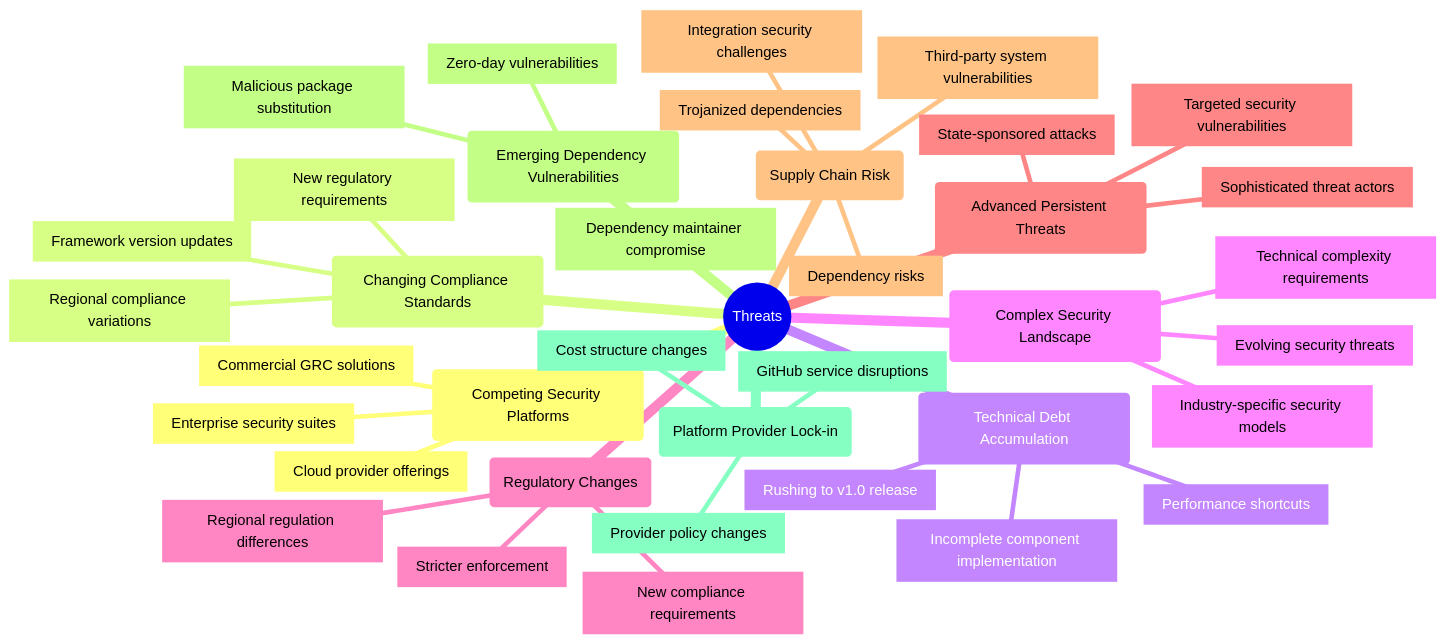
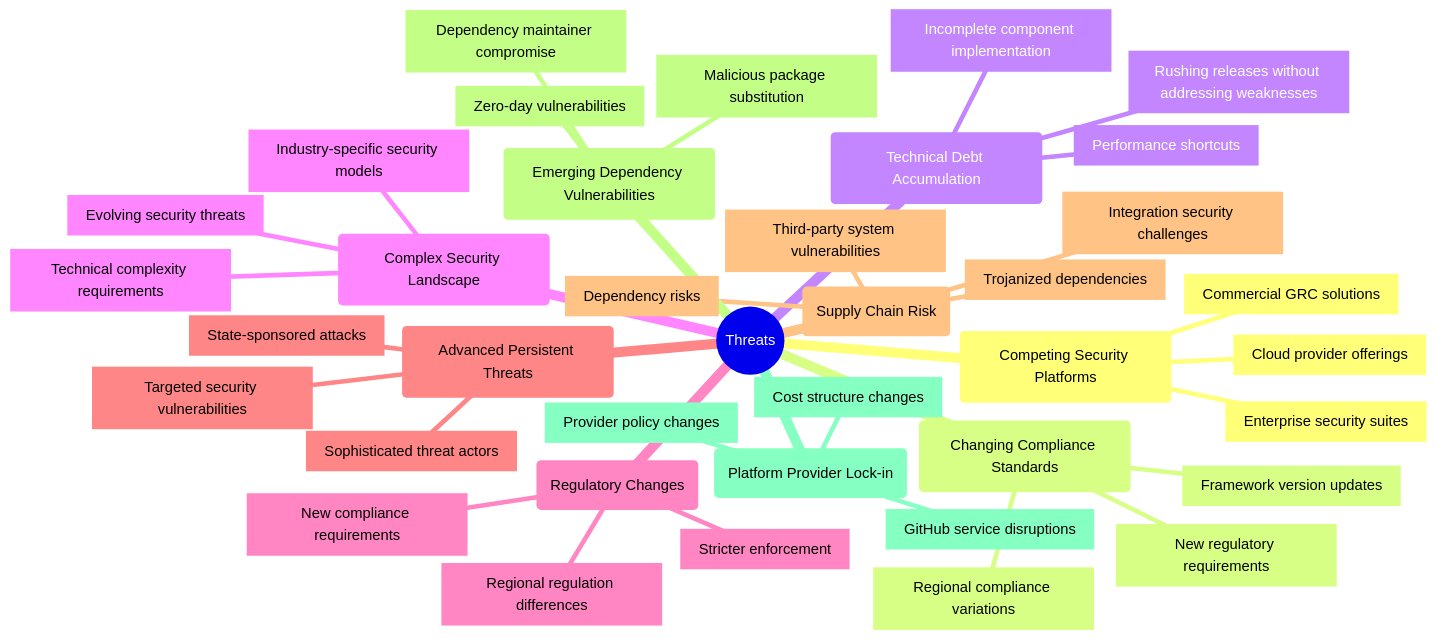
Before and after one commit to Hack23/cia-compliance-manager: the fifth of 6 diagrams in docs/architecture/SWOT.md, drawn with Mermaid. The commit also changed other lines of this file and 1 other file, not shown here.

Commit message:
docs: update SWOT.md to v1.1.32 and complete MINDMAP.md version references

````diff
--- a/docs/architecture/SWOT.md
+++ b/docs/architecture/SWOT.md
@@ -377,41 +377,41 @@
 ```mermaid
 mindmap
   root((Threats))
     id1(Competing Security Platforms)
       id1.1[Commercial GRC solutions]
       id1.2[Enterprise security suites]
       id1.3[Cloud provider offerings]
     id2(Changing Compliance Standards)
       id2.1[Framework version updates]
       id2.2[New regulatory requirements]
       id2.3[Regional compliance variations]
     id3(Technical Debt Accumulation)
-      id3.1[Rushing to v1.0 release]
+      id3.1[Rushing releases without addressing weaknesses]
       id3.2[Incomplete component implementation]
       id3.3[Performance shortcuts]
     id4(Complex Security Landscape)
       id4.1[Evolving security threats]
       id4.2[Industry-specific security models]
       id4.3[Technical complexity requirements]
     id5(Regulatory Changes)
       id5.1[New compliance requirements]
       id5.2[Regional regulation differences]
       id5.3[Stricter enforcement]
     id6(Advanced Persistent Threats)
       id6.1[State-sponsored attacks]
       id6.2[Sophisticated threat actors]
       id6.3[Targeted security vulnerabilities]
     id7(Supply Chain Risk)
       id7.1[Third-party system vulnerabilities]
       id7.2[Dependency risks]
       id7.3[Integration security challenges]
       id7.4[Trojanized dependencies]
     id8(Emerging Dependency Vulnerabilities)
       id8.1[Zero-day vulnerabilities]
       id8.2[Dependency maintainer compromise]
       id8.3[Malicious package substitution]
     id9(Platform Provider Lock-in)
       id9.1[GitHub service disruptions]
       id9.2[Provider policy changes]
       id9.3[Cost structure changes]
 ```
````
